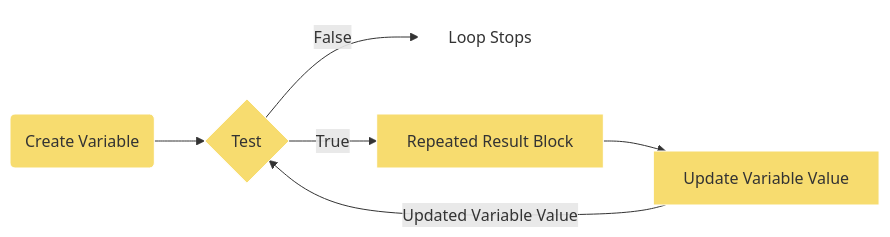
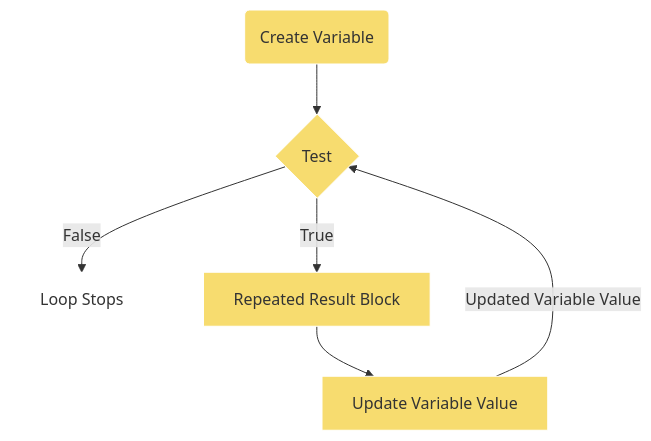
One commit to lsu-ddem/pathways-site changed the diagram in content/1_IntroToCoding/2_MakingThings_Happen/3_Lesson_3/index.md. Above: the diagram before and after it, drawn with Mermaid.

Commit message:
Update Do it again “index”

```diff
--- a/content/1_IntroToCoding/2_MakingThings_Happen/3_Lesson_3/index.md
+++ b/content/1_IntroToCoding/2_MakingThings_Happen/3_Lesson_3/index.md
@@ -23,13 +23,13 @@
 {{<mermaid align="center">}}
-graph LR 
+graph TD 
 H(Create Variable)-->A
  A-->|False| E[Loop Stops]
 A{Test} -->|True| B[Repeated Result Block]
 B-->C[Update Variable Value]
 C-->|Updated Variable Value|A
 style A fill:  #f7dc6f , stroke:#FFFFFF;
 style B fill:  #f7dc6f ,stroke:#FFFFFF;
 style C fill:  #f7dc6f ,stroke:#FFFFFF;
 style E fill: #FFFFFF, stroke:#FFFFFF;
 style H fill:  #f7dc6f ,stroke:#FFFFFF;
 {{< /mermaid >}}
```
